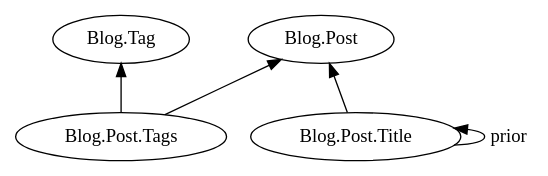
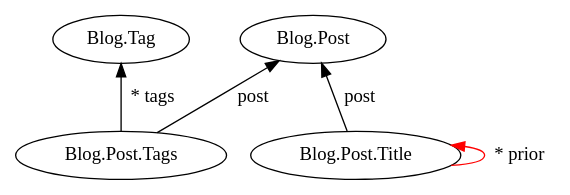
The second of 2 diagrams in src/content/documents/01-reference/02-preposition/01-then.md (michaellperry/starter-javascript-workbox-react), drawn with Graphviz before and after one commit. The commit also changed other lines of this file and 10 other files, not shown here.

Commit message:
Enhance documents with diagrams.

````diff
--- a/src/content/documents/01-reference/02-preposition/01-then.md
+++ b/src/content/documents/01-reference/02-preposition/01-then.md
@@ -51,9 +59,9 @@
 ```dot
 digraph Blog {
     rankdir=BT
-    "Blog.Post.Tags" -> "Blog.Tag"
-    "Blog.Post.Tags" -> "Blog.Post"
-    "Blog.Post.Title" -> "Blog.Post"
-    "Blog.Post.Title" -> "Blog.Post.Title" [label="prior"]
+    "Blog.Post.Tags" -> "Blog.Tag" [label=" * tags"]
+    "Blog.Post.Tags" -> "Blog.Post" [label=" post"]
+    "Blog.Post.Title" -> "Blog.Post" [label=" post"]
+    "Blog.Post.Title" -> "Blog.Post.Title" [label=" * prior" color=red]
 }
 ```
````
